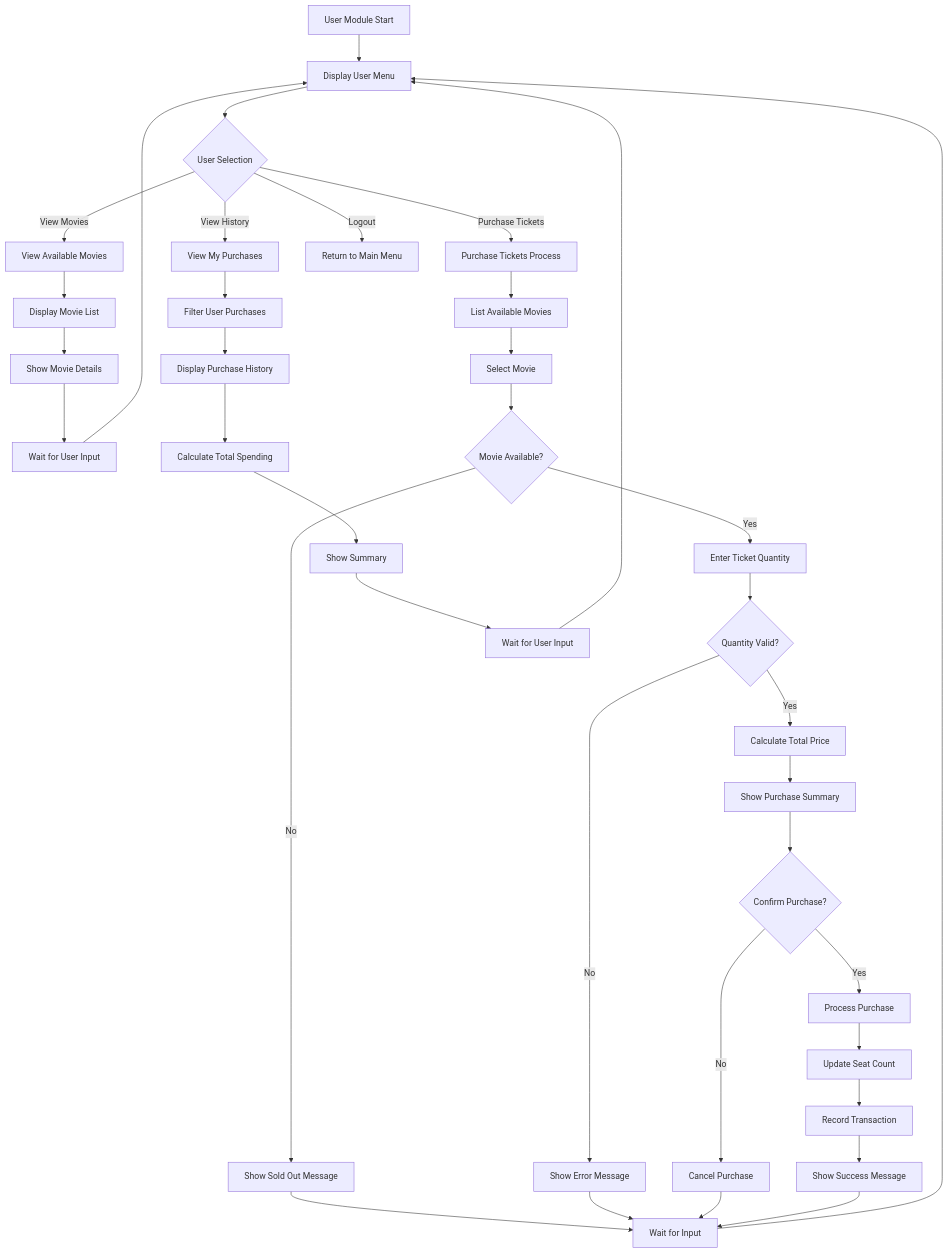
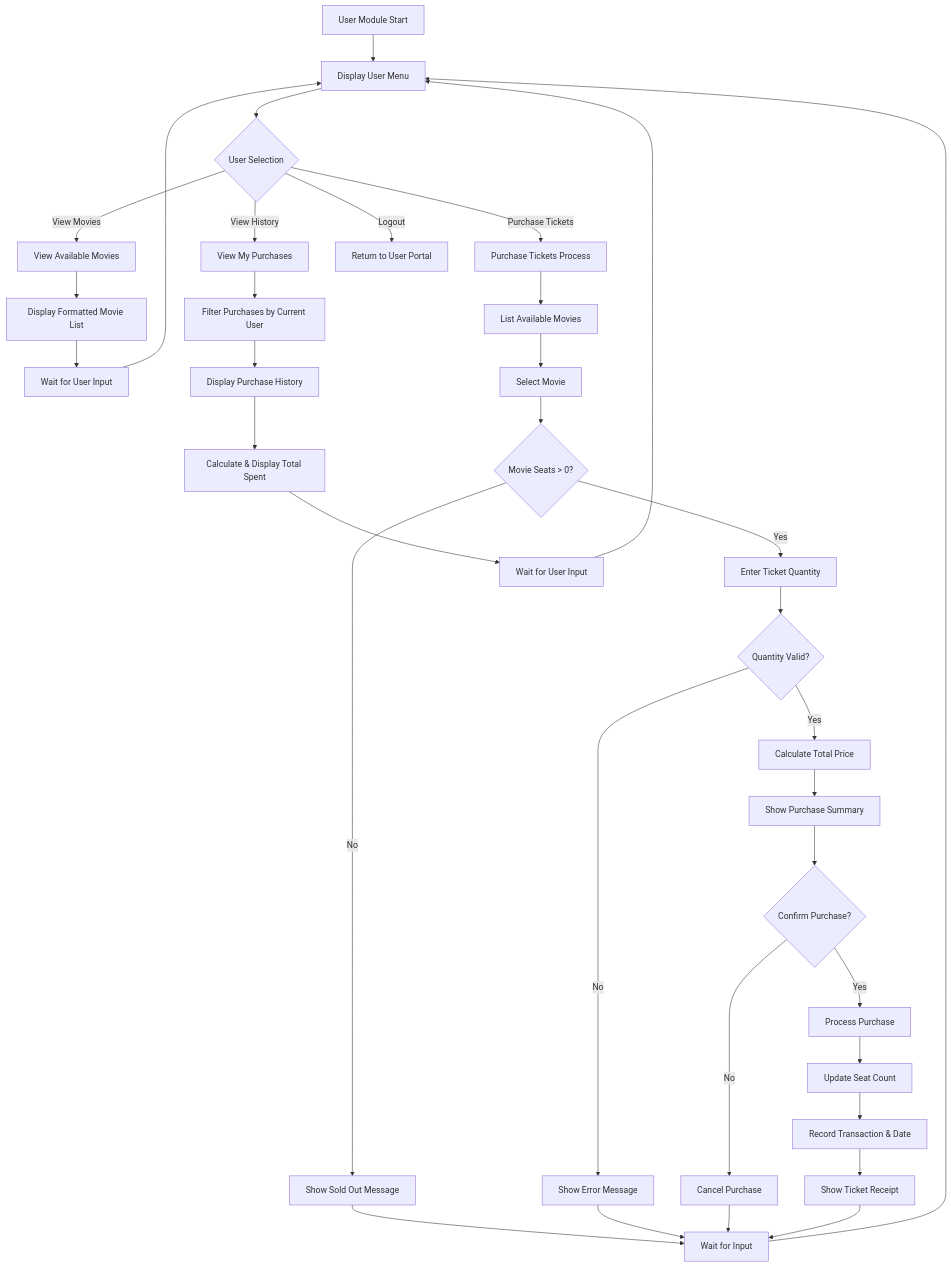
One commit to QUENJiX/test.github.io changed the third of 5 diagrams in README.md. Above: the diagram before and after it, drawn with Mermaid. The commit also changed other lines of this file, not shown here.

````diff
--- a/README.md
+++ b/README.md
@@ -455,39 +333,37 @@
 ```mermaid
 graph TD
     A[User Module Start] --> B[Display User Menu]
     B --> C{User Selection}
     C -->|View Movies| D[View Available Movies]
     C -->|Purchase Tickets| E[Purchase Tickets Process]
     C -->|View History| F[View My Purchases]
-    C -->|Logout| G[Return to Main Menu]
-    D --> H[Display Movie List]
-    H --> I[Show Movie Details]
-    I --> J[Wait for User Input]
-    J --> B
+    C -->|Logout| G[Return to User Portal]
+    D --> H[Display Formatted Movie List]
+    H --> I[Wait for User Input]
+    I --> B
     E --> K[List Available Movies]
     K --> L[Select Movie]
-    L --> M{Movie Available?}
+    L --> M{Movie Seats > 0?}
     M -->|No| N[Show Sold Out Message]
     N --> O[Wait for Input]
     O --> B
     M -->|Yes| P[Enter Ticket Quantity]
     P --> Q{Quantity Valid?}
     Q -->|No| R[Show Error Message]
     R --> O
     Q -->|Yes| S[Calculate Total Price]
     S --> T[Show Purchase Summary]
     T --> U{Confirm Purchase?}
     U -->|No| V[Cancel Purchase]
     V --> O
     U -->|Yes| W[Process Purchase]
     W --> X[Update Seat Count]
-    X --> Y[Record Transaction]
-    Y --> Z[Show Success Message]
+    X --> Y[Record Transaction & Date]
+    Y --> Z[Show Ticket Receipt]
     Z --> O
-    F --> AA[Filter User Purchases]
+    F --> AA[Filter Purchases by Current User]
     AA --> AB[Display Purchase History]
-    AB --> AC[Calculate Total Spending]
-    AC --> AD[Show Summary]
-    AD --> AE[Wait for User Input]
-    AE --> B
+    AB --> AC[Calculate & Display Total Spent]
+    AC --> AD[Wait for User Input]
+    AD --> B
 ```
````
